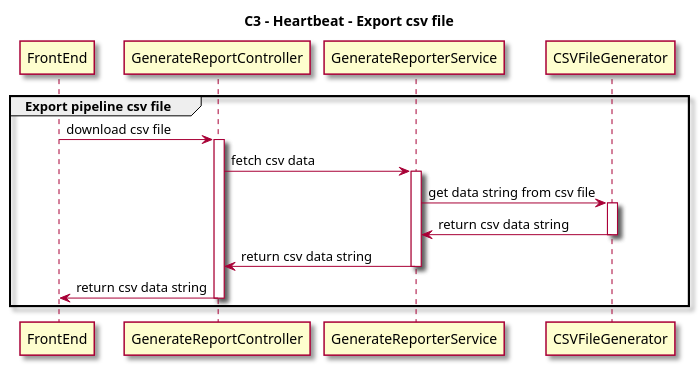
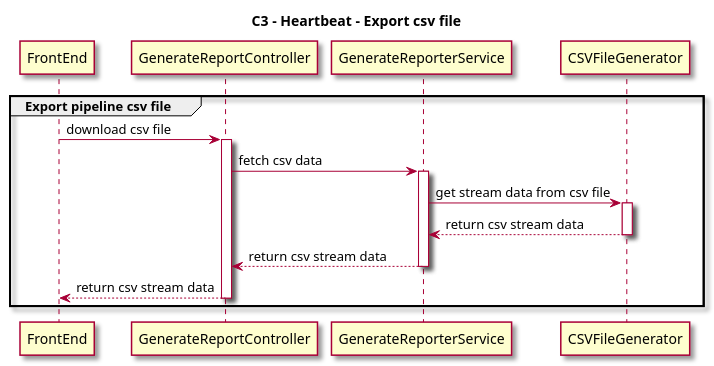
Before and after one commit to thoughtworks/HeartBeat: the second of 2 diagrams in docs/src/pages/en/dev-center/sequence-diagrams.md, drawn with PlantUML. The commit also changed other lines of this file, not shown here.

Commit message:
ADM-373: [docs] update c3 diagram

````diff
--- a/docs/src/pages/en/dev-center/sequence-diagrams.md
+++ b/docs/src/pages/en/dev-center/sequence-diagrams.md
@@ -200,27 +194,27 @@
 ```plantuml
 @startuml Export csv file
 skin rose
 title C3 - Heartbeat - Export csv file
 
 participant FrontEnd
 participant GenerateReportController
 participant GenerateReporterService
 participant CSVFileGenerator
 
 group Export pipeline csv file
     FrontEnd -> GenerateReportController : download csv file
     activate GenerateReportController
     GenerateReportController -> GenerateReporterService: fetch csv data
     activate GenerateReporterService
-    GenerateReporterService -> CSVFileGenerator: get data string from csv file
+    GenerateReporterService -> CSVFileGenerator: get stream data from csv file
     activate CSVFileGenerator
-    GenerateReporterService <- CSVFileGenerator: return csv data string
+    GenerateReporterService <-- CSVFileGenerator: return csv stream data
     deactivate CSVFileGenerator
-    GenerateReportController <- GenerateReporterService: return csv data string
+    GenerateReportController <-- GenerateReporterService: return csv stream data
     deactivate GenerateReporterService
-    FrontEnd <- GenerateReportController : return csv data string
+    FrontEnd <-- GenerateReportController : return csv stream data
     deactivate GenerateReportController
 end
 @enduml
 
 ```
````
